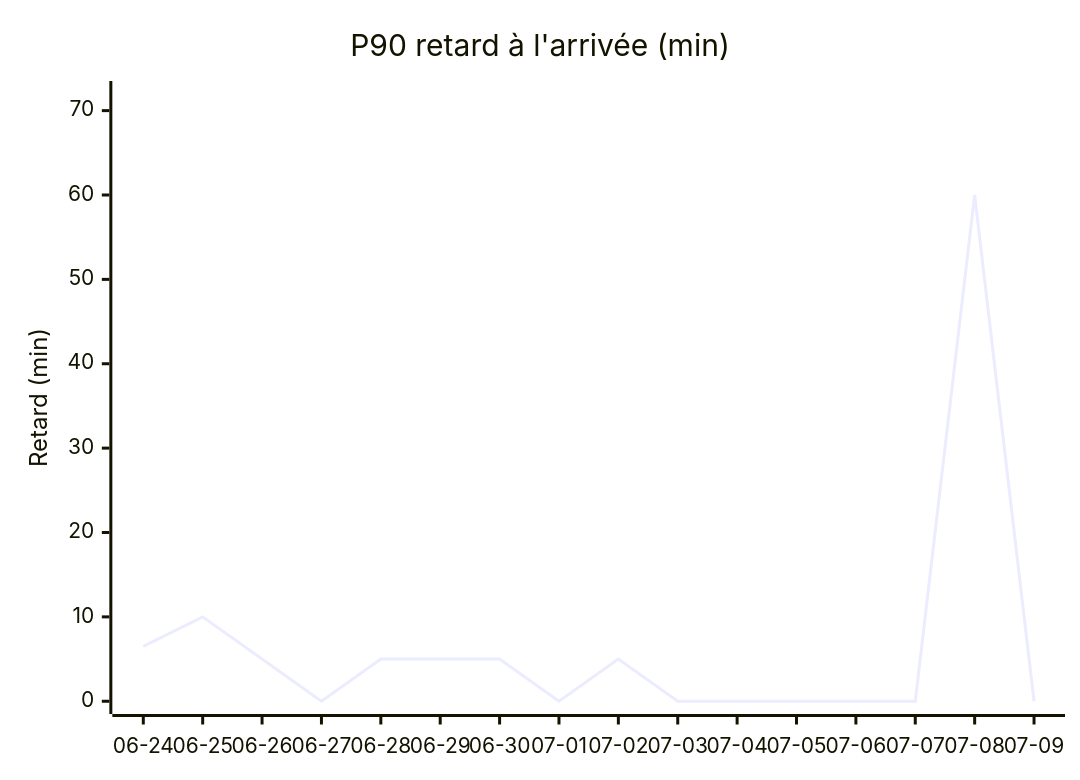
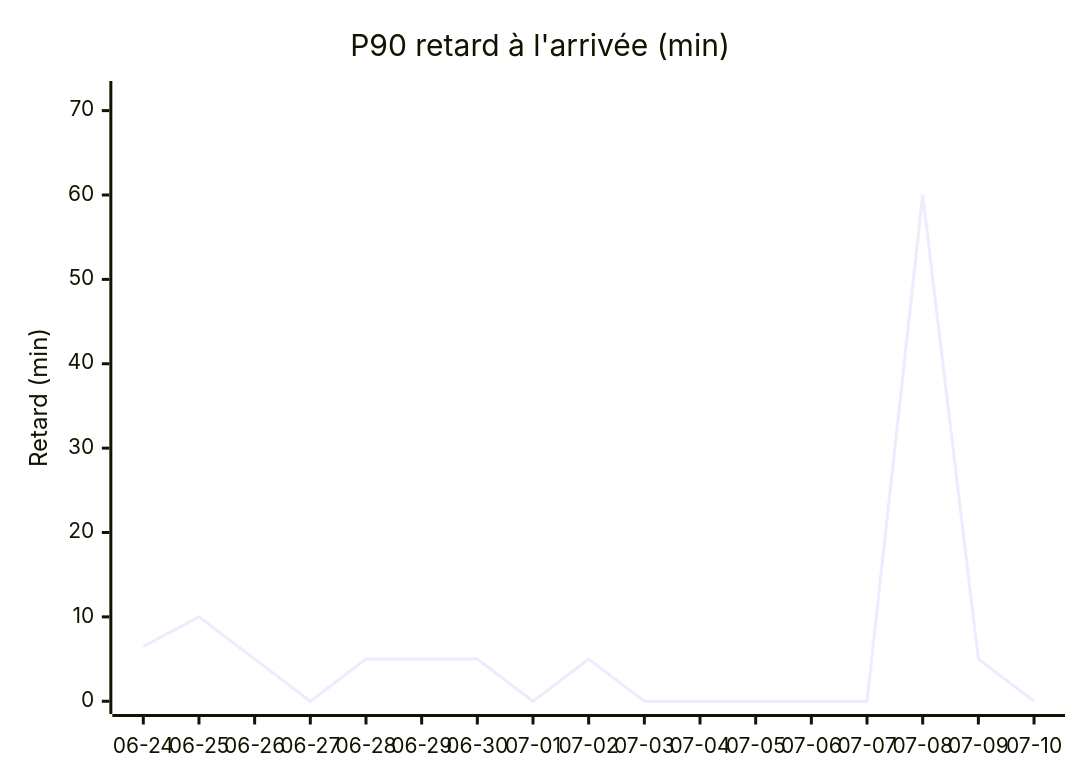
The first of 4 diagrams in STATS.md (antoinerep/horaire-ter), drawn with Mermaid before and after one commit. The commit also changed other lines of this file and 1 other file, not shown here.

````diff
--- a/STATS.md
+++ b/STATS.md
@@ -29,7 +29,7 @@
 ```mermaid
 xychart-beta
     title "P90 retard à l'arrivée (min)"
-    x-axis ["06-24", "06-25", "06-26", "06-27", "06-28", "06-29", "06-30", "07-01", "07-02", "07-03", "07-04", "07-05", "07-06", "07-07", "07-08", "07-09"]
+    x-axis ["06-24", "06-25", "06-26", "06-27", "06-28", "06-29", "06-30", "07-01", "07-02", "07-03", "07-04", "07-05", "07-06", "07-07", "07-08", "07-09", "07-10"]
     y-axis "Retard (min)" 0 --> 72
-    line [6.5, 10.0, 5.0, 0.0, 5.0, 5.0, 5.0, 0.0, 5.0, 0.0, 0.0, 0.0, 0.0, 0.0, 60.0, 0.0]
+    line [6.5, 10.0, 5.0, 0.0, 5.0, 5.0, 5.0, 0.0, 5.0, 0.0, 0.0, 0.0, 0.0, 0.0, 60.0, 5.0, 0.0]
 ```
````
